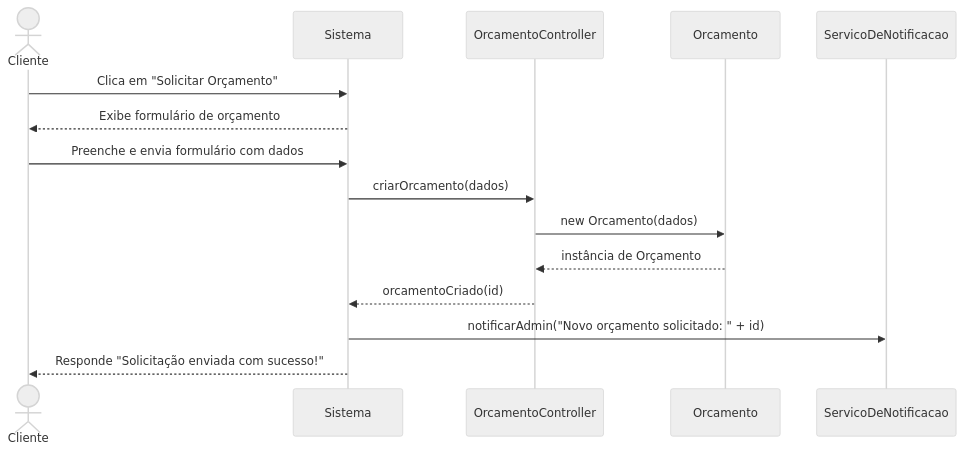
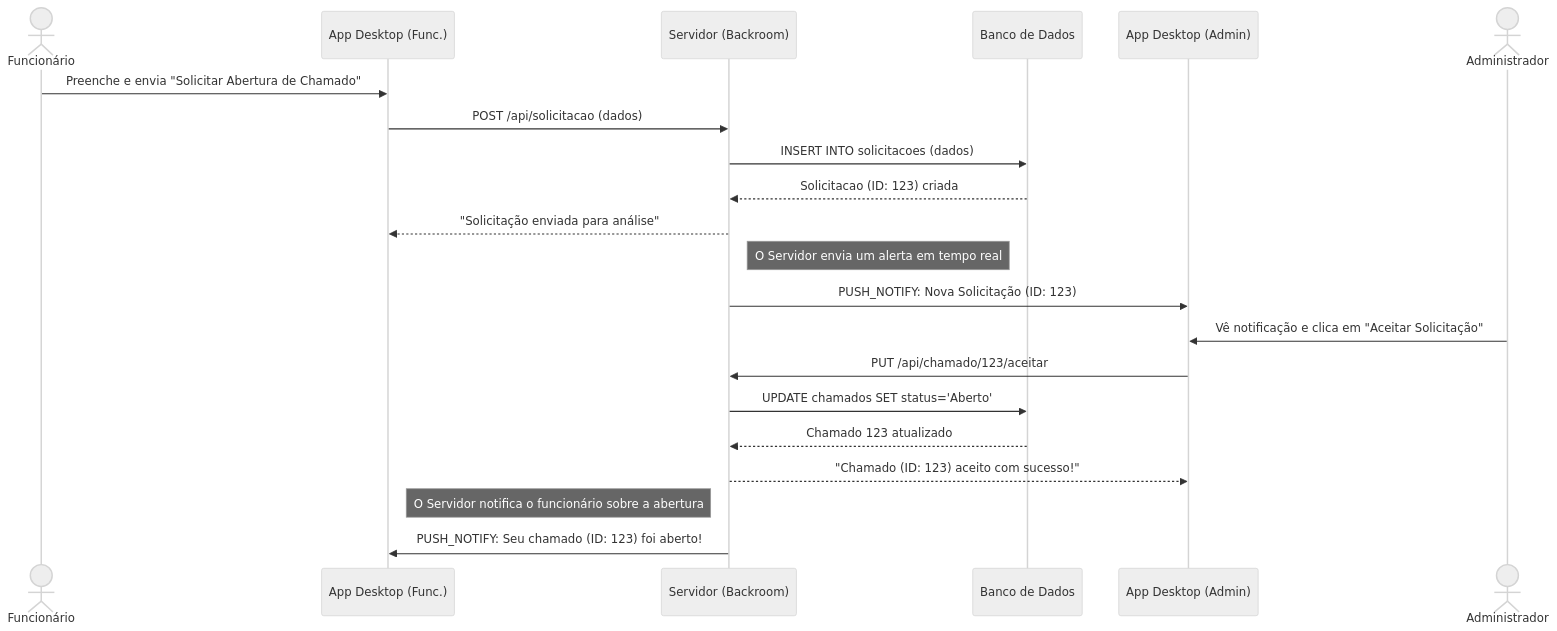
Before and after one commit to CordeiroGente/Backroom: the diagram in Documentação/Diagramas/Diagrama  de Sequência.md, drawn with Mermaid (neutral theme). The commit also changed other lines of this file, not shown here.

Commit message:
Update sequence diagram for desktop application flow

````diff
--- a/Documentação/Diagramas/Diagrama  de Sequência.md
+++ b/Documentação/Diagramas/Diagrama  de Sequência.md
@@ -3,22 +4,31 @@
 ```mermaid
 sequenceDiagram
-    actor C as Cliente
-    participant S as Sistema
-    participant OC as OrcamentoController
-    participant O as Orcamento
-    participant N as ServicoDeNotificacao
+    actor Func as Funcionário
+    participant AppFunc as App Desktop (Func.)
+    participant Servidor as Servidor (Backroom)
+    participant BD as Banco de Dados
+    participant AppAdmin as App Desktop (Admin)
+    actor Admin as Administrador
 
-    C->>S: Clica em "Solicitar Orçamento"
-    S-->>C: Exibe formulário de orçamento
+    Func->>AppFunc: Preenche e envia "Solicitar Abertura de Chamado"
+    AppFunc->>Servidor: POST /api/solicitacao (dados)
     
-    C->>S: Preenche e envia formulário com dados
-    S->>OC: criarOrcamento(dados)
+    Servidor->>BD: INSERT INTO solicitacoes (dados)
+    BD-->>Servidor: Solicitacao (ID: 123) criada
     
-    OC->>O: new Orcamento(dados)
-    O-->>OC: instância de Orçamento
+    Servidor-->>AppFunc: "Solicitação enviada para análise"
     
-    OC-->>S: orcamentoCriado(id)
-    S->>N: notificarAdmin("Novo orçamento solicitado: " + id)
+    note right of Servidor: O Servidor envia um alerta em tempo real
+    Servidor->>AppAdmin: PUSH_NOTIFY: Nova Solicitação (ID: 123)
     
-    S-->>C: Responde "Solicitação enviada com sucesso!"
+    Admin->>AppAdmin: Vê notificação e clica em "Aceitar Solicitação"
+    AppAdmin->>Servidor: PUT /api/chamado/123/aceitar
+    
+    Servidor->>BD: UPDATE chamados SET status='Aberto'
+    BD-->>Servidor: Chamado 123 atualizado
+    
+    Servidor-->>AppAdmin: "Chamado (ID: 123) aceito com sucesso!"
+    
+    note left of Servidor: O Servidor notifica o funcionário sobre a abertura
+    Servidor->>AppFunc: PUSH_NOTIFY: Seu chamado (ID: 123) foi aberto!
 ```
````
